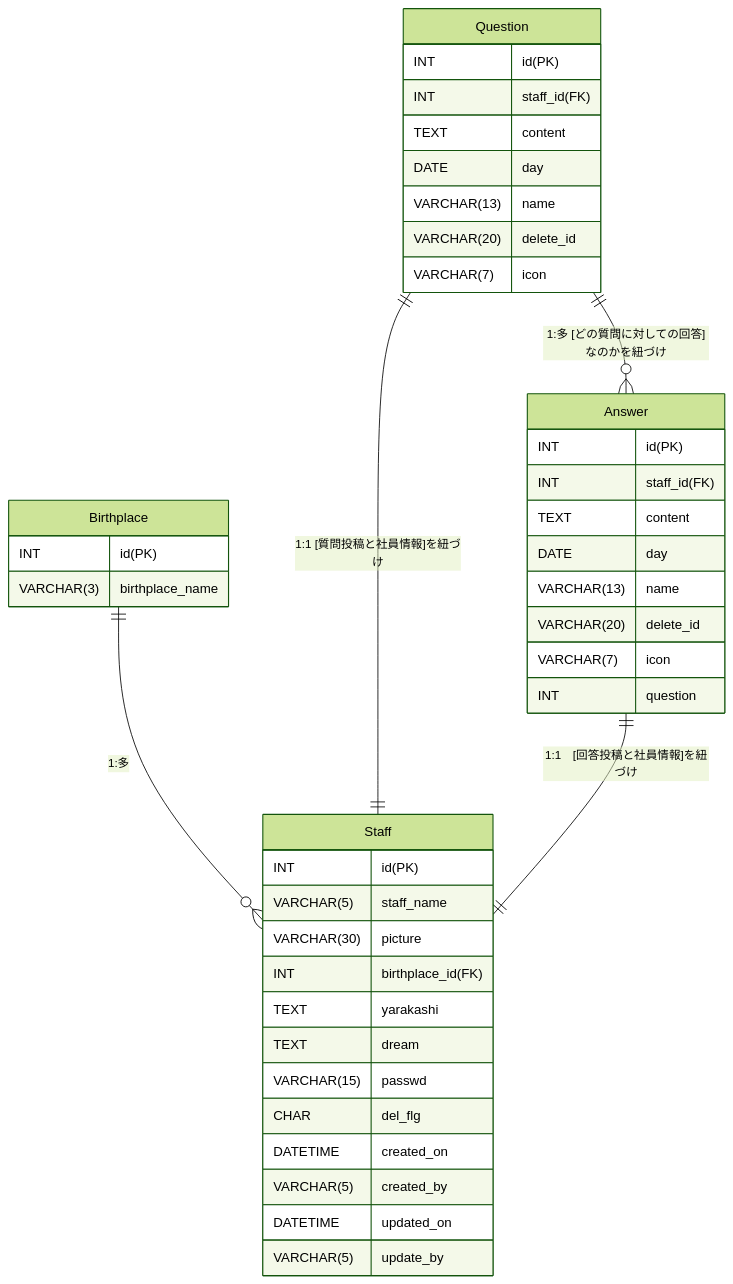
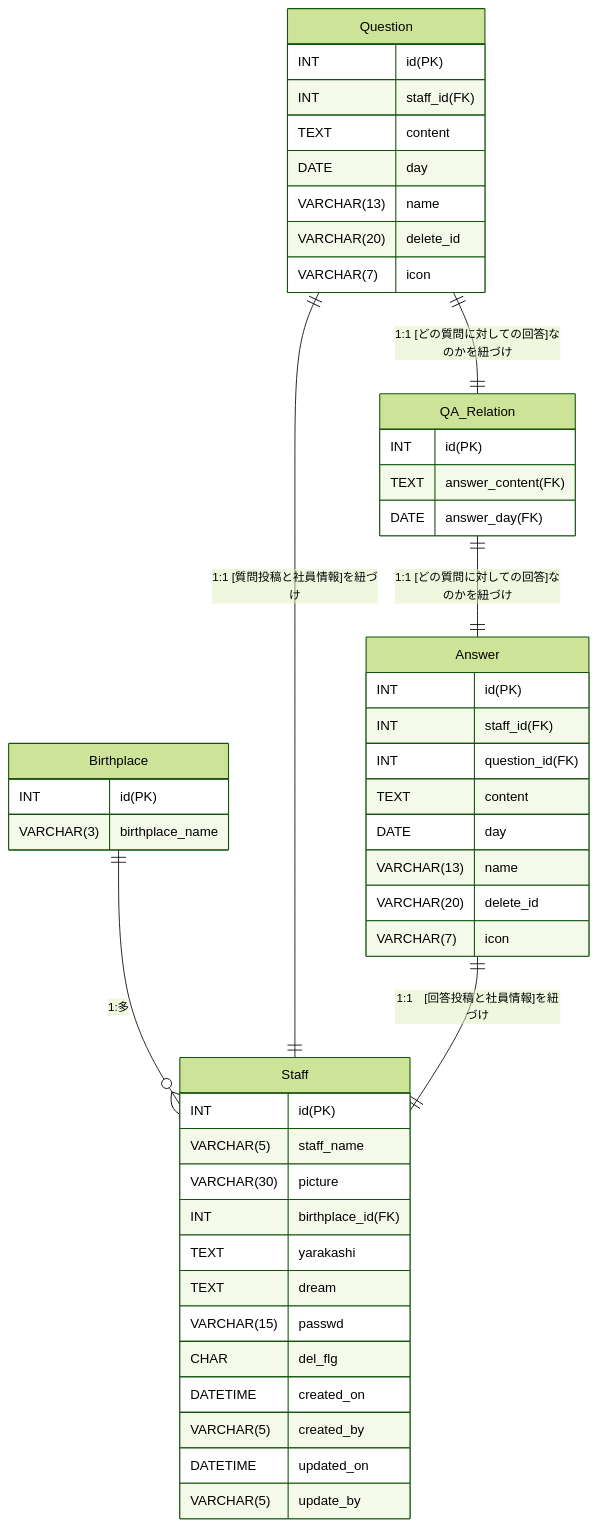
The diagram in er.md (juntaso/kintone), drawn with Mermaid before and after one commit.

````diff
--- a/er.md
+++ b/er.md
@@ -1,52 +1,60 @@
 ```mermaid
+
 %%{init:{'theme':'forest'}}%%
 erDiagram
 
 
-	Question ||--o{ Answer: "1:多 [どの質問に対しての回答]なのかを紐づけ"
 Birthplace ||--o{ Staff: "1:多"
 Question ||--|| Staff: "1:1 [質問投稿と社員情報]を紐づけ"
 Answer ||--|| Staff: "1:1　[回答投稿と社員情報]を紐づけ"
+Question ||--|| QA_Relation: "1:1 [どの質問に対しての回答]なのかを紐づけ"
+QA_Relation ||--|| Answer: "1:1 [どの質問に対しての回答]なのかを紐づけ"
 
 Question{
 INT id(PK)
 INT staff_id(FK)
 TEXT content
 DATE day
 VARCHAR(13) name
 VARCHAR(20) delete_id
 VARCHAR(7) icon
 }
 
 Answer{
 INT id(PK)
 INT staff_id(FK)
+INT question_id(FK)
 TEXT content
 DATE day
 VARCHAR(13) name
 VARCHAR(20) delete_id
 VARCHAR(7) icon
-INT question
 }
 
 Staff{
  INT id(PK)
  VARCHAR(5) staff_name
  VARCHAR(30) picture
  INT birthplace_id(FK)
  TEXT yarakashi
  TEXT dream
  VARCHAR(15) passwd
  CHAR del_flg
  DATETIME created_on
  VARCHAR(5) created_by
  DATETIME updated_on
  VARCHAR(5) update_by
 }
 
 Birthplace{
 INT id(PK)
 VARCHAR(3) birthplace_name
 }
 
+QA_Relation{
+INT id(PK)
+TEXT answer_content(FK)
+DATE answer_day(FK)
+}
+
 ```
````
